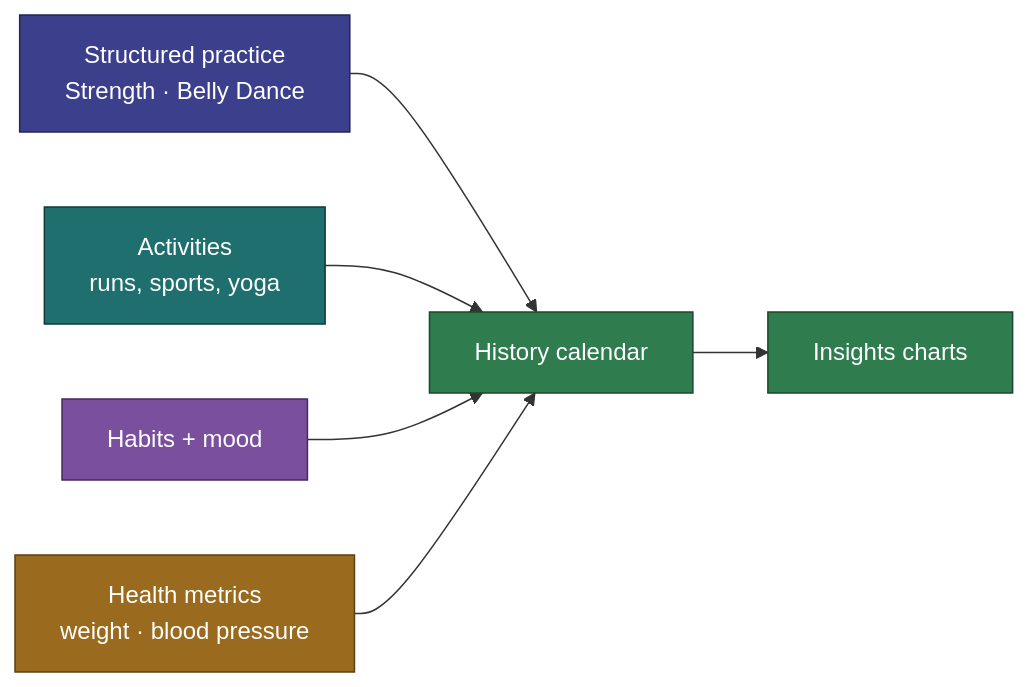
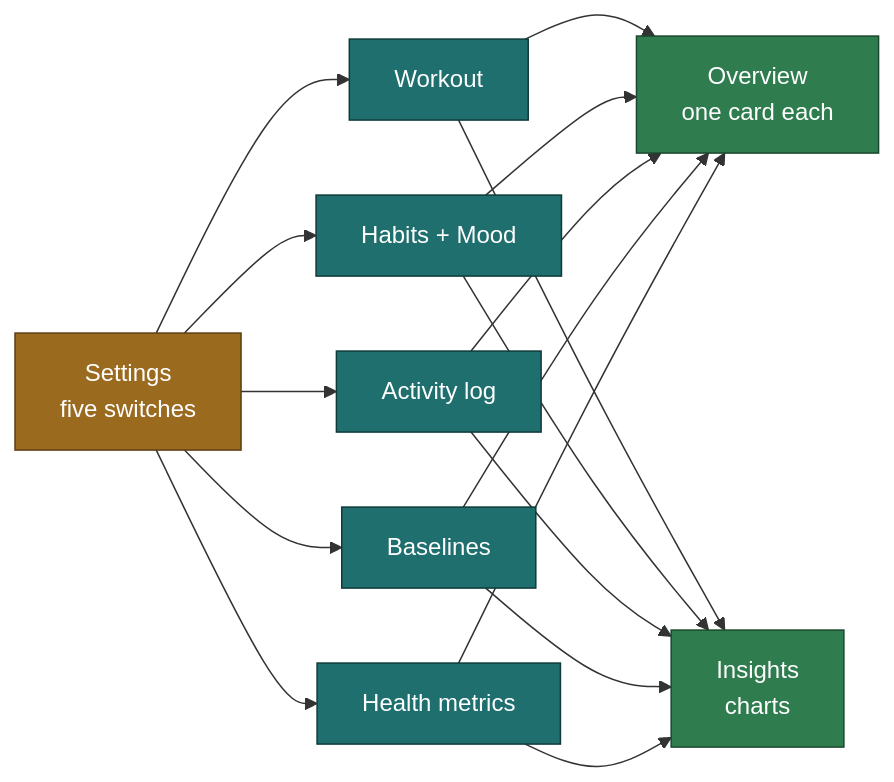
The diagram in README.md (jermbo/CosmicWorkOut), drawn with Mermaid before and after one commit. The commit also changed other lines of this file and 146 other files, not shown here.

````diff
--- a/README.md
+++ b/README.md
@@ -19,24 +21,19 @@
 ```mermaid
 flowchart LR
-    P["Structured practice<br/>Strength · Belly Dance"]
-    A["Activities<br/>runs, sports, yoga"]
-    H["Habits + mood"]
-    M["Health metrics<br/>weight · blood pressure"]
+    S["Settings<br/>five switches"]
+    S --> W["Workout"]
+    S --> H["Habits + Mood"]
+    S --> A["Activity log"]
+    S --> B["Baselines"]
+    S --> M["Health metrics"]
 
-    P --> Hist[History calendar]
-    A --> Hist
-    H --> Hist
-    M --> Hist
-    Hist --> Ins[Insights charts]
+    W & H & A & B & M --> O["Overview<br/>one card each"]
+    W & H & A & B & M --> I["Insights<br/>charts"]
 
-    classDef practice fill:#3b3f8c,stroke:#23264f,color:#ffffff;
-    classDef quick fill:#1f6f6f,stroke:#0f3a3a,color:#ffffff;
-    classDef habit fill:#7a4f9e,stroke:#46295c,color:#ffffff;
-    classDef health fill:#9a6a1f,stroke:#5c3f12,color:#ffffff;
+    classDef settings fill:#9a6a1f,stroke:#5c3f12,color:#ffffff;
+    classDef feature fill:#1f6f6f,stroke:#0f3a3a,color:#ffffff;
     classDef view fill:#2f7d4f,stroke:#1a472d,color:#ffffff;
-    class P practice;
-    class A quick;
-    class H habit;
-    class M health;
-    class Hist,Ins view;
+    class S settings;
+    class W,H,A,B,M feature;
+    class O,I view;
 ```
````
